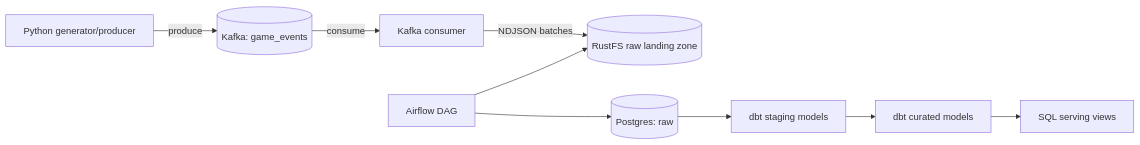
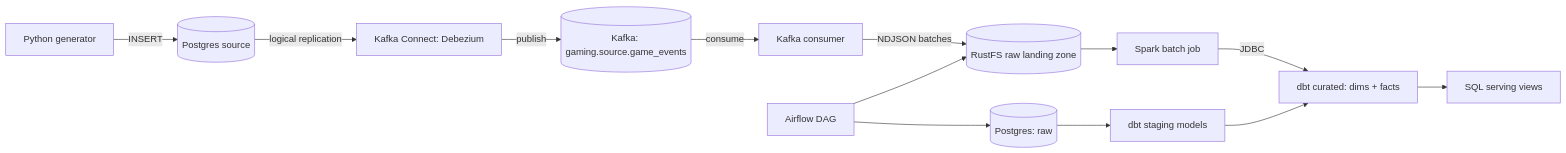
The diagram in README.md (nicat-m/gaming-data-pipeline-e2e), drawn with Mermaid before and after one commit. The commit also changed other lines of this file and 1 other file, not shown here.

Commit message:
docs: update PROJECT_PLAN and README for CDC + Spark architecture

````diff
--- a/README.md
+++ b/README.md
@@ -12,11 +12,15 @@
 ```mermaid
 flowchart LR
-    GEN[Python generator/producer] -->|produce| KAFKA[(Kafka: game_events)]
+    GEN[Python generator] -->|INSERT| PGSRC[(Postgres source)]
+    PGSRC -->|logical replication| CONNECT[Kafka Connect: Debezium]
+    CONNECT -->|publish| KAFKA[(Kafka: gaming.source.game_events)]
     KAFKA -->|consume| CONSUMER[Kafka consumer]
     CONSUMER -->|NDJSON batches| RUSTFS[(RustFS raw landing zone)]
     AF[Airflow DAG] --> RUSTFS
     AF --> PGRAW[(Postgres: raw)]
     PGRAW --> STG[dbt staging models]
-    STG --> CUR[dbt curated models]
+    STG --> CUR[dbt curated: dims + facts]
+    RUSTFS --> SPARK[Spark batch job]
+    SPARK -->|JDBC| CUR
     CUR --> VIEWS[SQL serving views]
 ```
````
